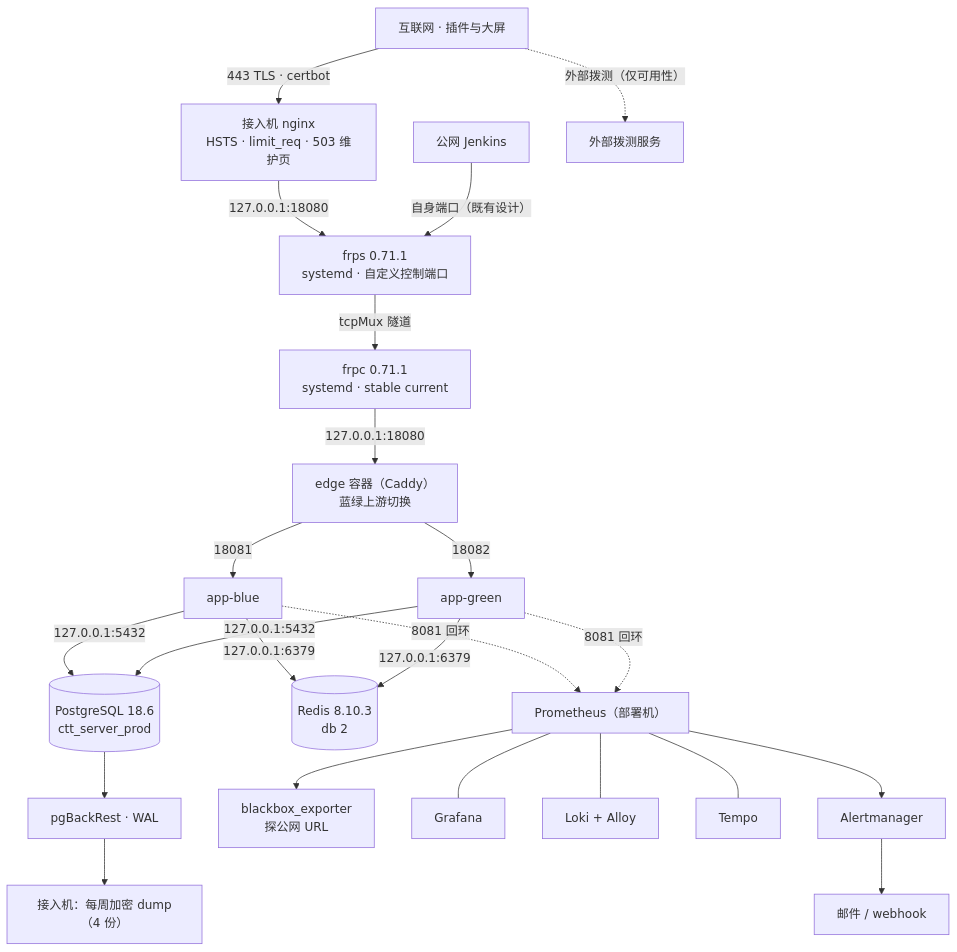
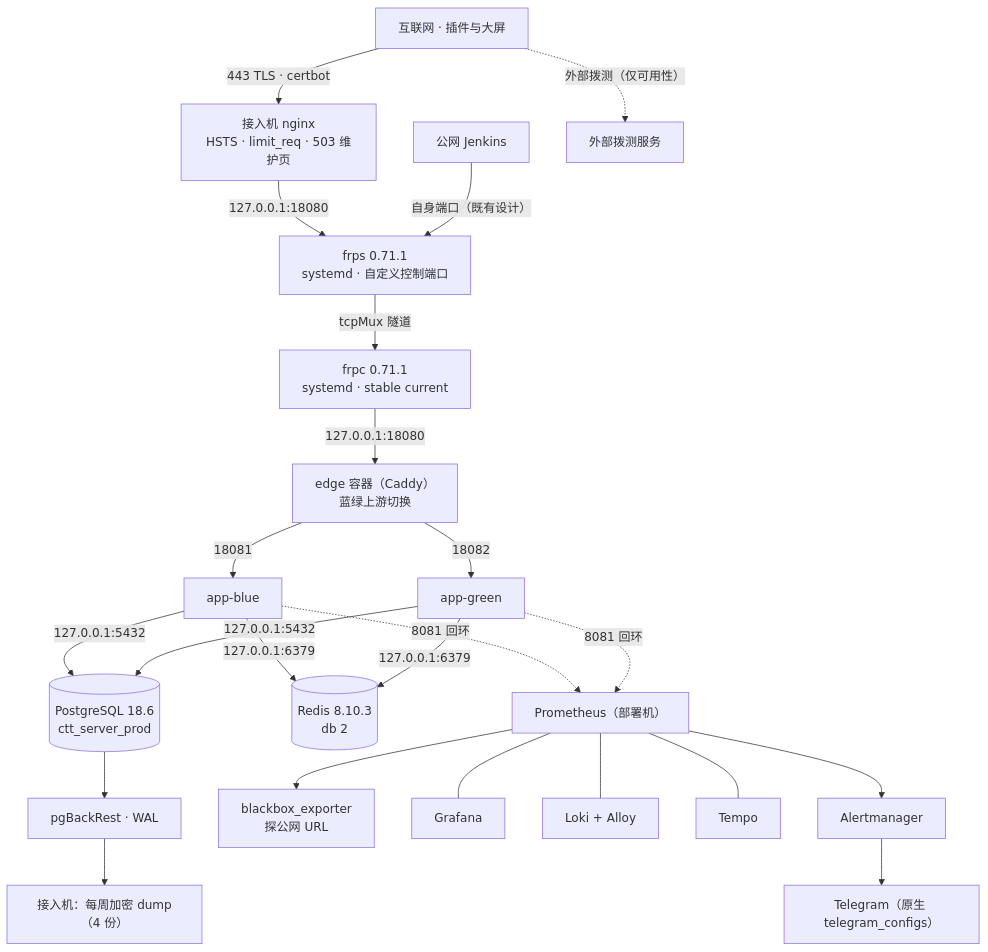
The eighth of 9 diagrams in .plans/ctt-server-development-plan.md (AhogeK/ctt-server), drawn with Mermaid before and after one commit. The commit also changed other lines of this file and 5 other files, not shown here.

````diff
--- a/.plans/ctt-server-development-plan.md
+++ b/.plans/ctt-server-development-plan.md
@@ -2723,25 +2734,25 @@
 ```mermaid
 flowchart TB
     U["互联网 · 插件与大屏"] -->|"443 TLS · certbot"| N["接入机 nginx<br/>HSTS · limit_req · 503 维护页"]
     N -->|"127.0.0.1:18080"| S["frps 0.71.1<br/>systemd · 自定义控制端口"]
     J["公网 Jenkins"] -->|"自身端口（既有设计）"| S
     S -->|"tcpMux 隧道"| C["frpc 0.71.1<br/>systemd · stable current"]
     C -->|"127.0.0.1:18080"| E["edge 容器（Caddy）<br/>蓝绿上游切换"]
     E -->|"18081"| B["app-blue"]
     E -->|"18082"| G["app-green"]
     B -->|"127.0.0.1:5432"| PG[("PostgreSQL 18.6<br/>ctt_server_prod")]
     G -->|"127.0.0.1:5432"| PG
     B -->|"127.0.0.1:6379"| RD[("Redis 8.10.3<br/>db 2")]
     G -->|"127.0.0.1:6379"| RD
     B -.->|"8081 回环"| P["Prometheus（部署机）"]
     G -.->|"8081 回环"| P
     P --> AM["Alertmanager"]
-    AM --> MAIL["邮件 / webhook"]
+    AM --> TG["Telegram（原生 telegram_configs）"]
     P --> BB["blackbox_exporter<br/>探公网 URL"]
     P --- G2["Grafana"]
     P --- LK["Loki + Alloy"]
     P --- TP["Tempo"]
     PG --> BR["pgBackRest · WAL"]
     BR --> HK2["接入机：每周加密 dump（4 份）"]
     U -.->|"外部拨测（仅可用性）"| EXT["外部拨测服务"]
 ```
````
